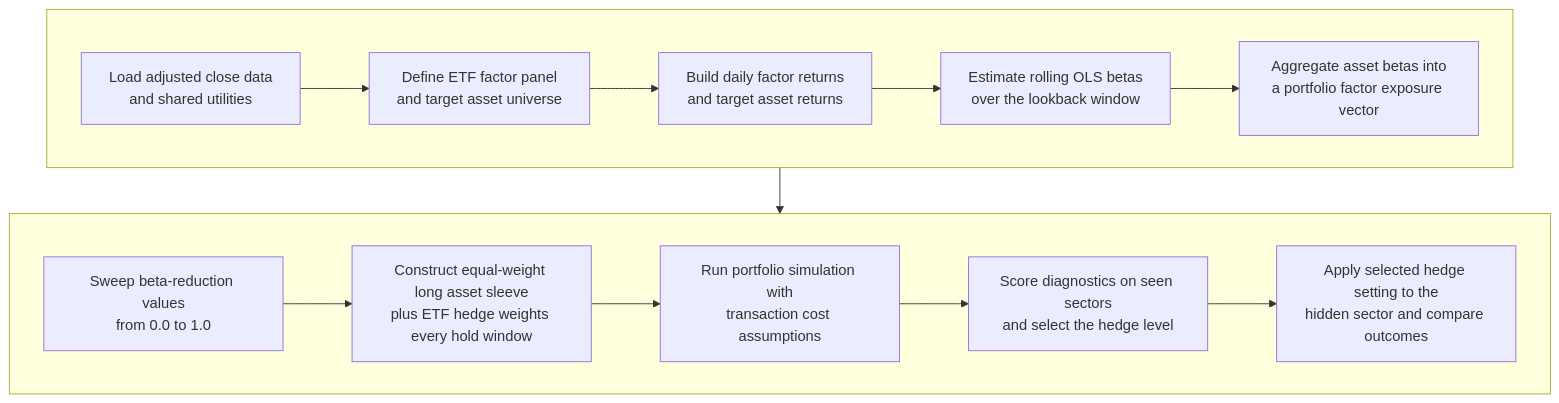
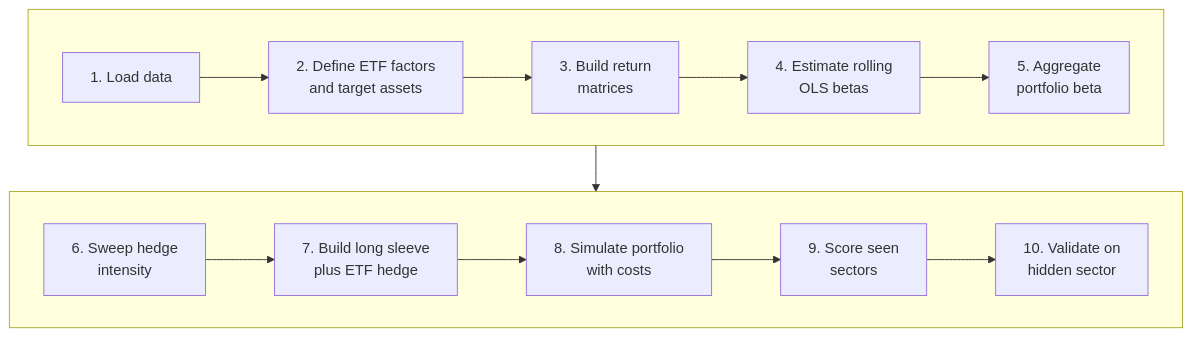
One commit to sortinoresearch/hedge-competition-1 changed the diagram in README.md. Above: the diagram before and after it, drawn with Mermaid.

Commit message:
improved readme

````diff
--- a/README.md
+++ b/README.md
@@ -15,20 +15,20 @@
 ```mermaid
 flowchart TB
 	subgraph Row1[ ]
 		direction LR
-		A[Load adjusted close data<br/>and shared utilities] --> B[Define ETF factor panel<br/>and target asset universe]
-		B --> C[Build daily factor returns<br/>and target asset returns]
-		C --> D[Estimate rolling OLS betas<br/>over the lookback window]
-		D --> E[Aggregate asset betas into<br/>a portfolio factor exposure vector]
+		A[1. Load data] --> B[2. Define ETF factors<br/>and target assets]
+		B --> C[3. Build return<br/>matrices]
+		C --> D[4. Estimate rolling<br/>OLS betas]
+		D --> E[5. Aggregate<br/>portfolio beta]
 	end
 
 	subgraph Row2[ ]
 		direction LR
-		F[Sweep beta-reduction values<br/>from 0.0 to 1.0] --> G[Construct equal-weight long asset sleeve<br/>plus ETF hedge weights every hold window]
-		G --> H[Run portfolio simulation with<br/>transaction cost assumptions]
-		H --> I[Score diagnostics on seen sectors<br/>and select the hedge level]
-		I --> J[Apply selected hedge setting to the<br/>hidden sector and compare outcomes]
+		F[6. Sweep hedge<br/>intensity] --> G[7. Build long sleeve<br/>plus ETF hedge]
+		G --> H[8. Simulate portfolio<br/>with costs]
+		H --> I[9. Score seen<br/>sectors]
+		I --> J[10. Validate on<br/>hidden sector]
 	end
 
 	E --> F
 ```
````
